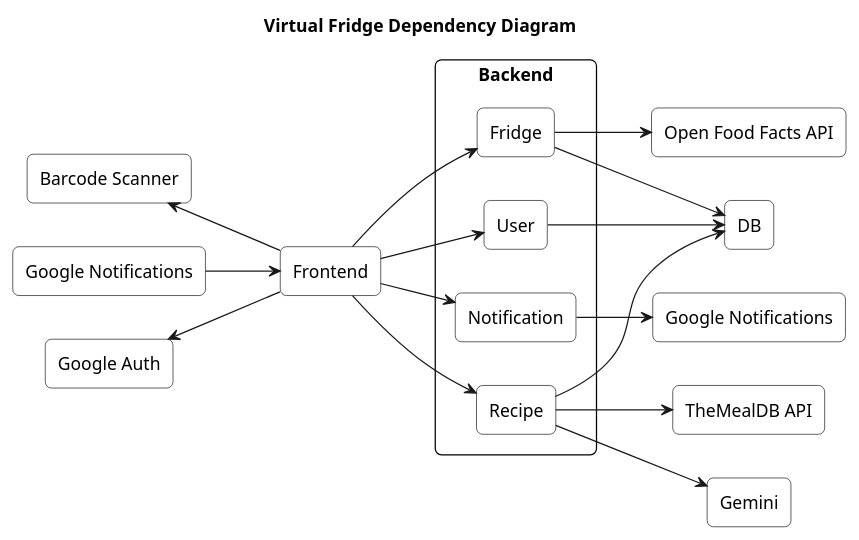
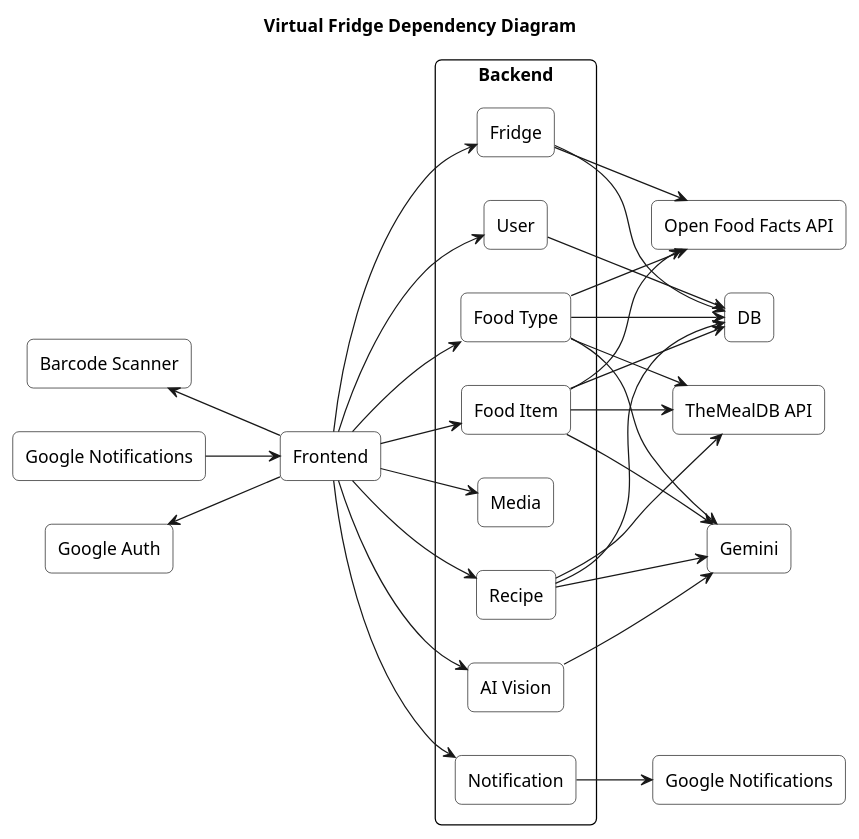
The diagram in documentation/diagrams/dependencyDiagram.plantuml (virtualfridge/virtualfridge), drawn with PlantUML before and after one commit.

Commit message:
Added modules to backend
Unsure about how Media is hooked up, since Barcode is to the left of Frontend

```diff
--- a/documentation/diagrams/dependencyDiagram.plantuml
+++ b/documentation/diagrams/dependencyDiagram.plantuml
@@ -1,54 +1,71 @@
 @startuml
 title Virtual Fridge Dependency Diagram
 left to right direction
 
 skinparam rectangle {
   BackgroundColor white
   BorderColor black
   RoundCorner 10
 }
 
 ' --- External modules on the left ---
 rectangle "Barcode Scanner" as BarcodeScanner
 rectangle "Google Notifications" as GoogleNotifications_Front
 rectangle "Google Auth" as GoogleAuth
 
 ' --- Frontend ---
 rectangle "Frontend" as Frontend
 
 ' --- Backend with internal components ---
 rectangle "Backend" as Backend {
     rectangle "Fridge" as Fridge
+		rectangle "Food Item" as FoodItem 
+		rectangle "Food Type" as FoodType
+		rectangle "AI Vision" as aiVision
+		rectangle "Media" as Media
     rectangle "User" as User
     rectangle "Notification" as Notification
     rectangle "Recipe" as Recipe
 }
 
 ' --- External APIs and DB on the right ---
 rectangle "Open Food Facts API" as OpenFoodFacts
 rectangle "DB" as DB
 rectangle "Google Notifications" as GoogleNotifications_Back
 rectangle "TheMealDB API" as TheMealDB
 rectangle "Gemini" as Gemini
 
 ' --- Connections (Left side to Frontend) ---
 BarcodeScanner <-- Frontend
 GoogleNotifications_Front --> Frontend
 GoogleAuth <-- Frontend
 
 ' --- Frontend to Backend ---
 Frontend --> Fridge
+Frontend --> FoodItem
+Frontend --> FoodType
+Frontend --> aiVision
+Frontend --> Media
 Frontend --> User
 Frontend --> Recipe
 Frontend --> Notification
 
 ' --- Backend internal and external connections ---
 Fridge --> OpenFoodFacts
 Fridge --> DB
+FoodItem --> DB
+FoodItem --> TheMealDB
+FoodItem --> OpenFoodFacts
+FoodItem --> Gemini
+FoodType --> DB
+FoodType --> TheMealDB
+FoodType --> OpenFoodFacts
+FoodType --> Gemini
+aiVision --> Gemini
 User --> DB
 Recipe --> DB
 Recipe --> TheMealDB
 Recipe --> Gemini
 Notification --> GoogleNotifications_Back
 
 @enduml
```
